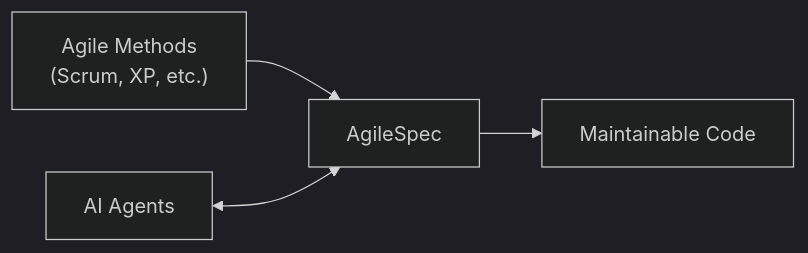
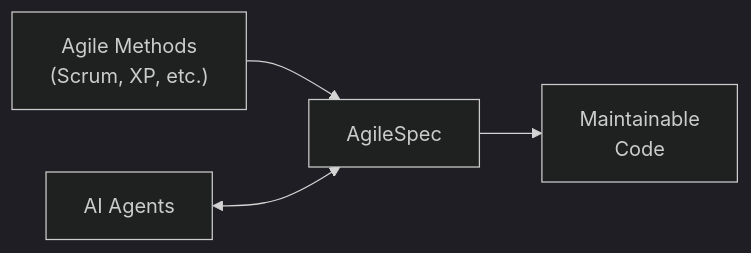
One commit to mtov/AgileSpec changed the first of 9 diagrams in README.md. Above: the diagram before and after it, drawn with Mermaid (dark theme). The commit also changed other lines of this file, not shown here.

Commit message:
docs: improve diagram layouts and remove redundant principles diagram

````diff
--- a/README.md
+++ b/README.md
@@ -40,6 +40,6 @@
 ```mermaid
 flowchart LR
     A["Agile Methods<br/>(Scrum, XP, etc.)"] --> B["AgileSpec"]
-    B --> C["Maintainable Code"]
+    B --> C["Maintainable<br/>Code"]
     D["AI Agents"] <--> B
 ```
````
